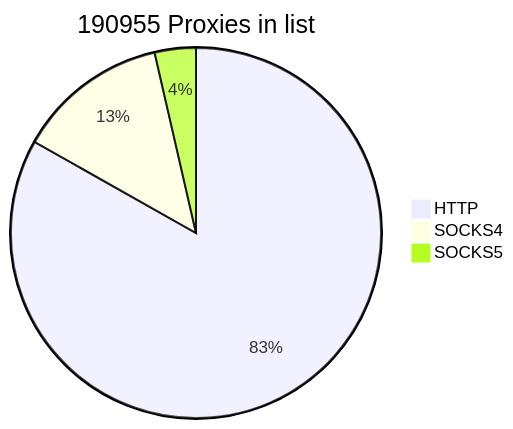
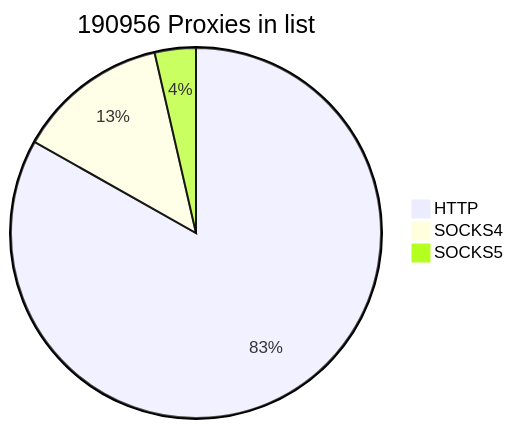
Before and after one commit to cutipu/proxylist: the first of 2 diagrams in README.md, drawn with Mermaid. The commit also changed other lines of this file, not shown here.

````diff
--- a/README.md
+++ b/README.md
@@ -2,7 +2,7 @@
 ```mermaid
-pie title 190955 Proxies in list
-    "HTTP" : 158828
+pie title 190956 Proxies in list
+    "HTTP" : 158829
     "SOCKS4" : 25266
     "SOCKS5" : 6861
             
 ```
````
